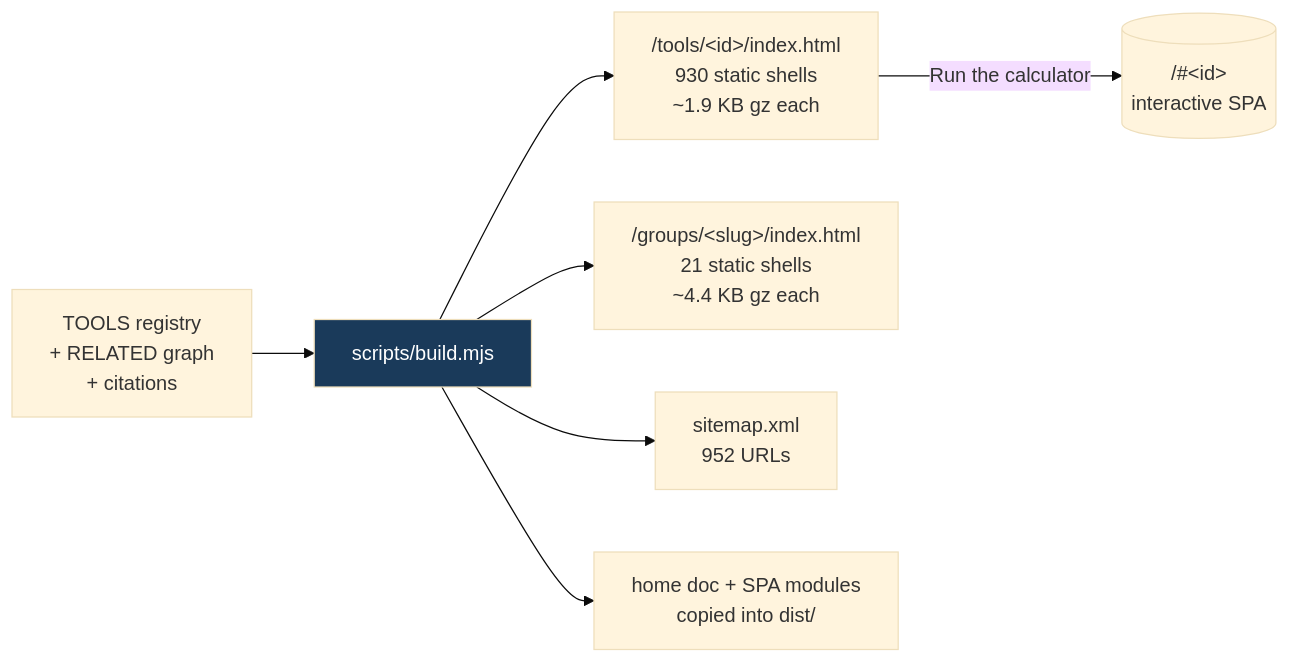
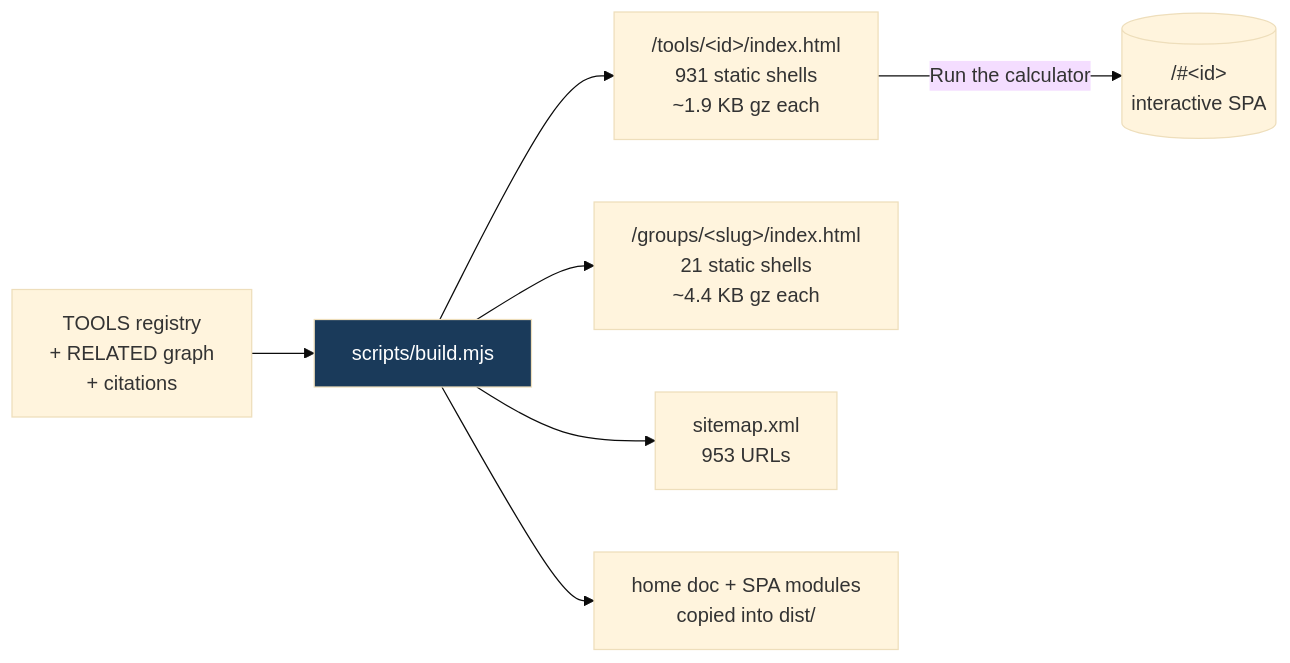
Before and after one commit to clay-good/roughlogic.com: the fifth of 8 diagrams in README.md, drawn with Mermaid (base theme). The commit also changed other lines of this file and 17 other files, not shown here.

````diff
--- a/README.md
+++ b/README.md
@@ -495,10 +495,10 @@
 ```mermaid
 flowchart LR
     SRC[TOOLS registry\n+ RELATED graph\n+ citations] --> BUILD[scripts/build.mjs]
-    BUILD --> TILE["/tools/&lt;id&gt;/index.html\n930 static shells\n~1.9 KB gz each"]
+    BUILD --> TILE["/tools/&lt;id&gt;/index.html\n931 static shells\n~1.9 KB gz each"]
     BUILD --> GROUP["/groups/&lt;slug&gt;/index.html\n21 static shells\n~4.4 KB gz each"]
-    BUILD --> MAP["sitemap.xml\n952 URLs"]
+    BUILD --> MAP["sitemap.xml\n953 URLs"]
     BUILD --> COPY[home doc + SPA modules\ncopied into dist/]
     TILE -->|Run the calculator| SPA[("/#&lt;id&gt;\ninteractive SPA")]
     style BUILD fill:#1a3a5a,color:#fff
 ```
````
